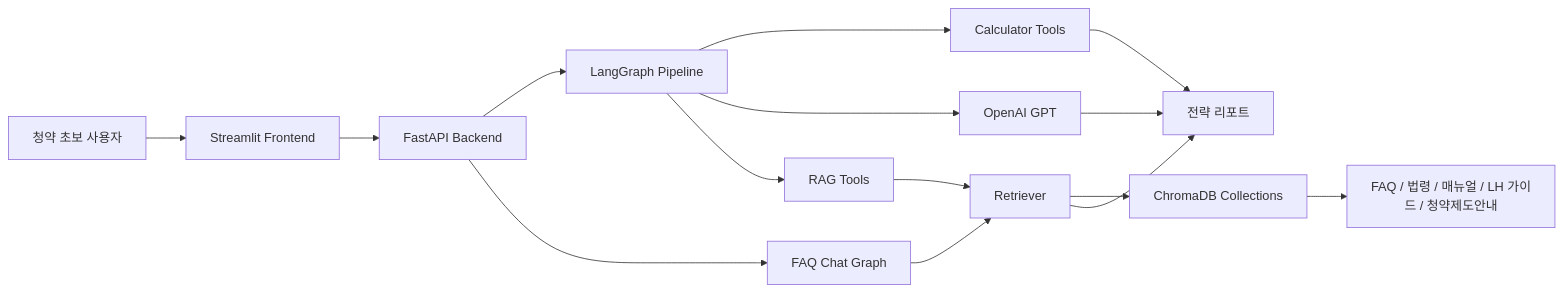
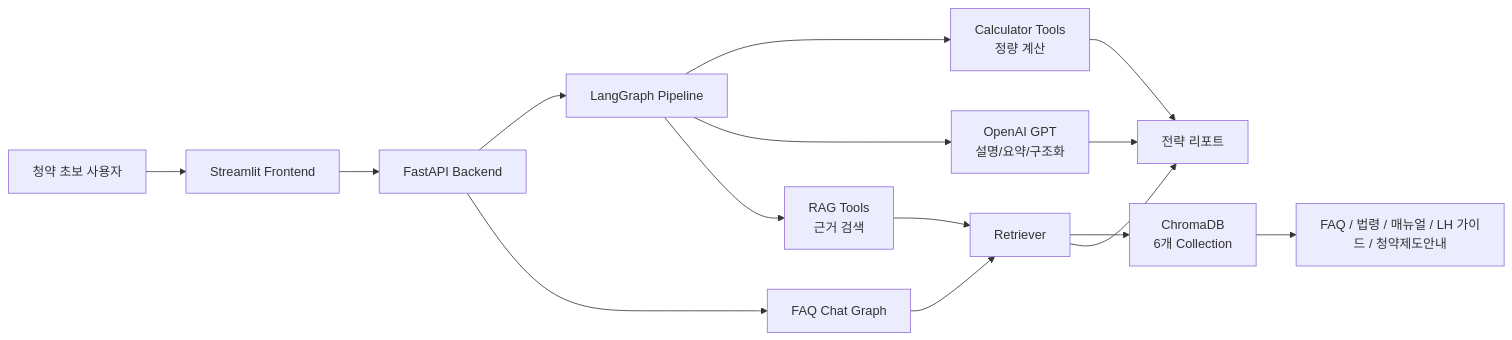
Before and after one commit to SKNETWORKS-FAMILY-AICAMP/SKN29-3RD-3Team: the first of 3 diagrams in README.md, drawn with Mermaid. The commit also changed other lines of this file, not shown here.

````diff
--- a/README.md
+++ b/README.md
@@ -62,20 +147,20 @@
 ```mermaid
 flowchart LR
     U["청약 초보 사용자"] --> FE["Streamlit Frontend"]
     FE --> API["FastAPI Backend"]
     API --> LG["LangGraph Pipeline"]
     API --> CHAT["FAQ Chat Graph"]
 
-    LG --> CALC["Calculator Tools"]
-    LG --> LLM["OpenAI GPT"]
-    LG --> RAG["RAG Tools"]
+    LG --> CALC["Calculator Tools<br/>정량 계산"]
+    LG --> LLM["OpenAI GPT<br/>설명/요약/구조화"]
+    LG --> RAG["RAG Tools<br/>근거 검색"]
     CHAT --> RET["Retriever"]
     RAG --> RET
 
-    RET --> VDB["ChromaDB Collections"]
+    RET --> VDB["ChromaDB<br/>6개 Collection"]
     VDB --> DOCS["FAQ / 법령 / 매뉴얼 / LH 가이드 / 청약제도안내"]
 
     CALC --> REPORT["전략 리포트"]
     LLM --> REPORT
     RET --> REPORT
 ```
````
